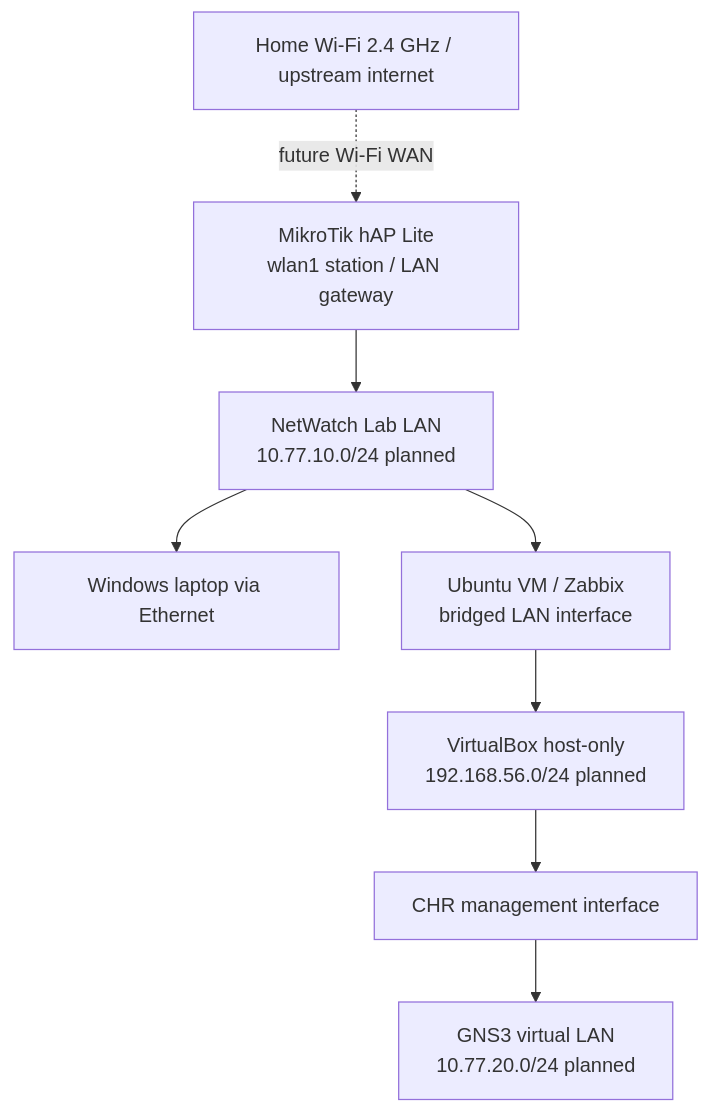
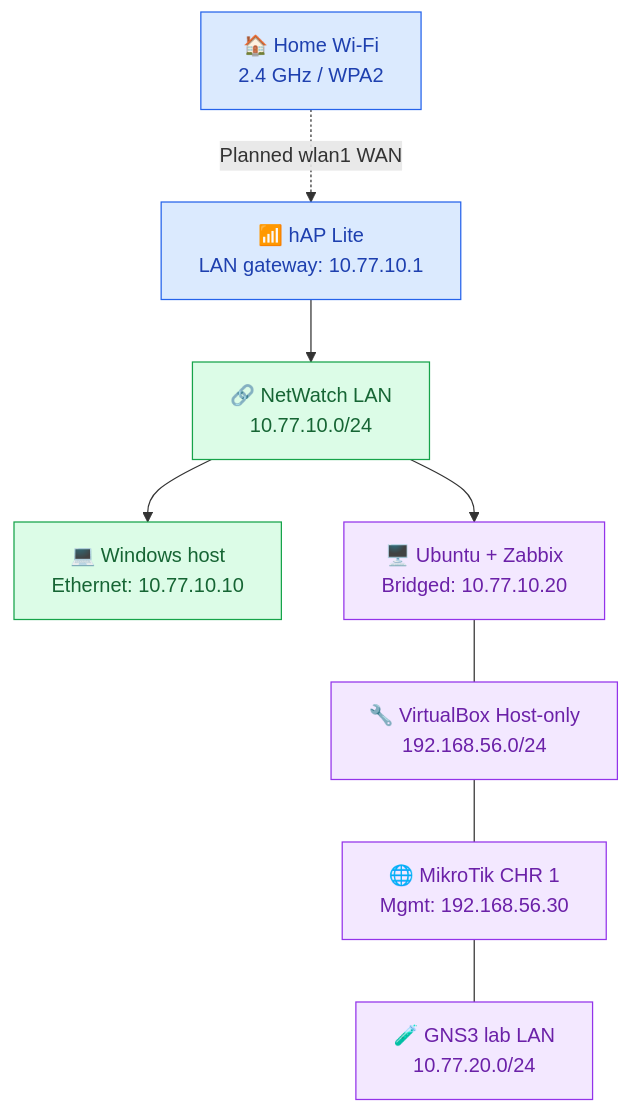
The diagram in README.md (DrBham/NetWatch-NOC-Network-Monitoring-System), drawn with Mermaid before and after one commit. The commit also changed other lines of this file and 8 other files, not shown here.

````diff
--- a/README.md
+++ b/README.md
@@ -21,15 +39,16 @@
 ```mermaid
-flowchart TD
-    HOME[Home Wi-Fi 2.4 GHz / upstream internet] -. future Wi-Fi WAN .-> HAP[MikroTik hAP Lite
-wlan1 station / LAN gateway]
-    HAP --> LAN[NetWatch Lab LAN
-10.77.10.0/24 planned]
-    LAN --> WIN[Windows laptop via Ethernet]
-    LAN --> ZBX[Ubuntu VM / Zabbix
-bridged LAN interface]
-    ZBX --> MGMT[VirtualBox host-only
-192.168.56.0/24 planned]
-    MGMT --> CHR[CHR management interface]
-    CHR --> VIRT[GNS3 virtual LAN
-10.77.20.0/24 planned]
+flowchart TB
+    UP["🏠 Home Wi-Fi<br/>2.4 GHz / WPA2"] -. "Planned wlan1 WAN" .-> R["📶 hAP Lite<br/>LAN gateway: 10.77.10.1"]
+    R --> N["🔗 NetWatch LAN<br/>10.77.10.0/24"]
+    N --> W["💻 Windows host<br/>Ethernet: 10.77.10.10"]
+    N --> Z["🖥️ Ubuntu + Zabbix<br/>Bridged: 10.77.10.20"]
+    Z --- H["🔧 VirtualBox Host-only<br/>192.168.56.0/24"]
+    H --- C["🌐 MikroTik CHR 1<br/>Mgmt: 192.168.56.30"]
+    C --- G["🧪 GNS3 lab LAN<br/>10.77.20.0/24"]
+    classDef wan fill:#dbeafe,stroke:#2563eb,color:#1e40af
+    classDef lan fill:#dcfce7,stroke:#16a34a,color:#166534
+    classDef virt fill:#f3e8ff,stroke:#9333ea,color:#6b21a8
+    class UP,R wan
+    class N,W lan
+    class Z,H,C,G virt
 ```
````
